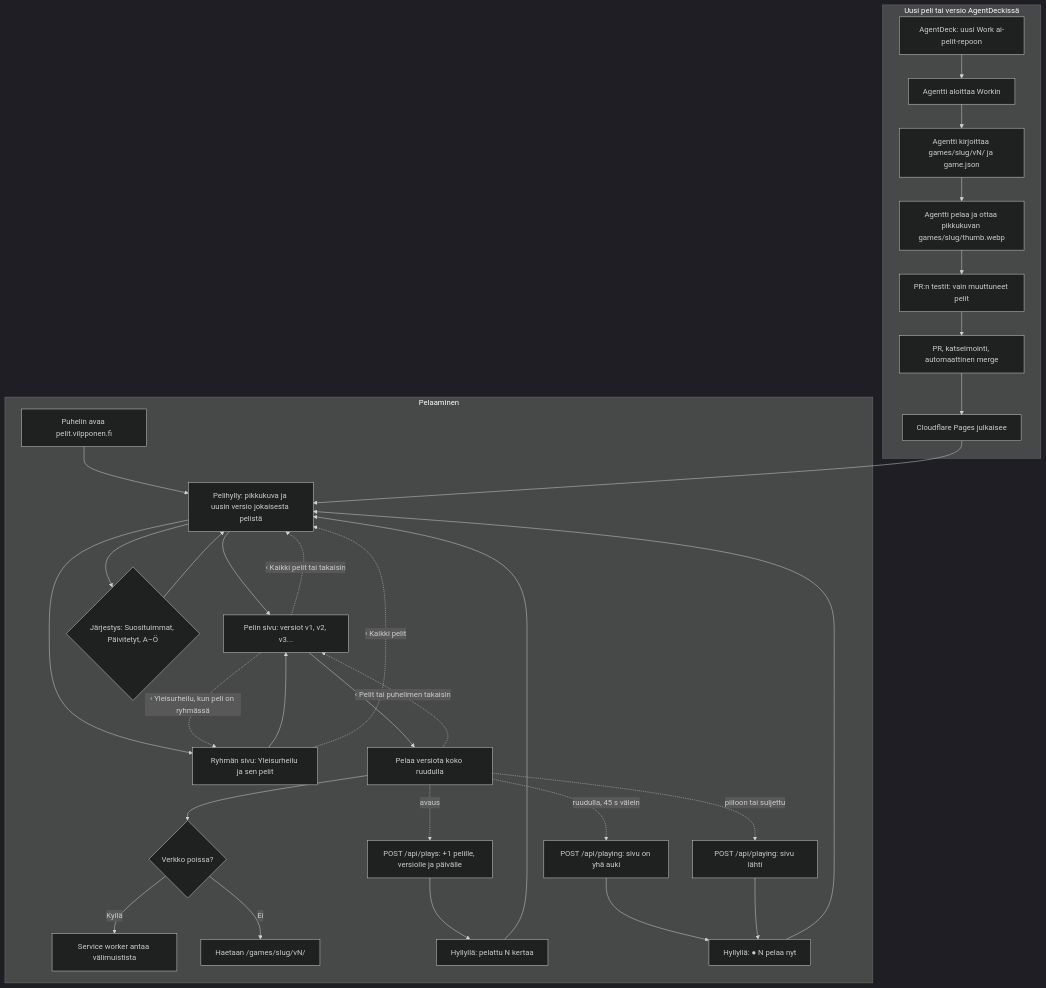
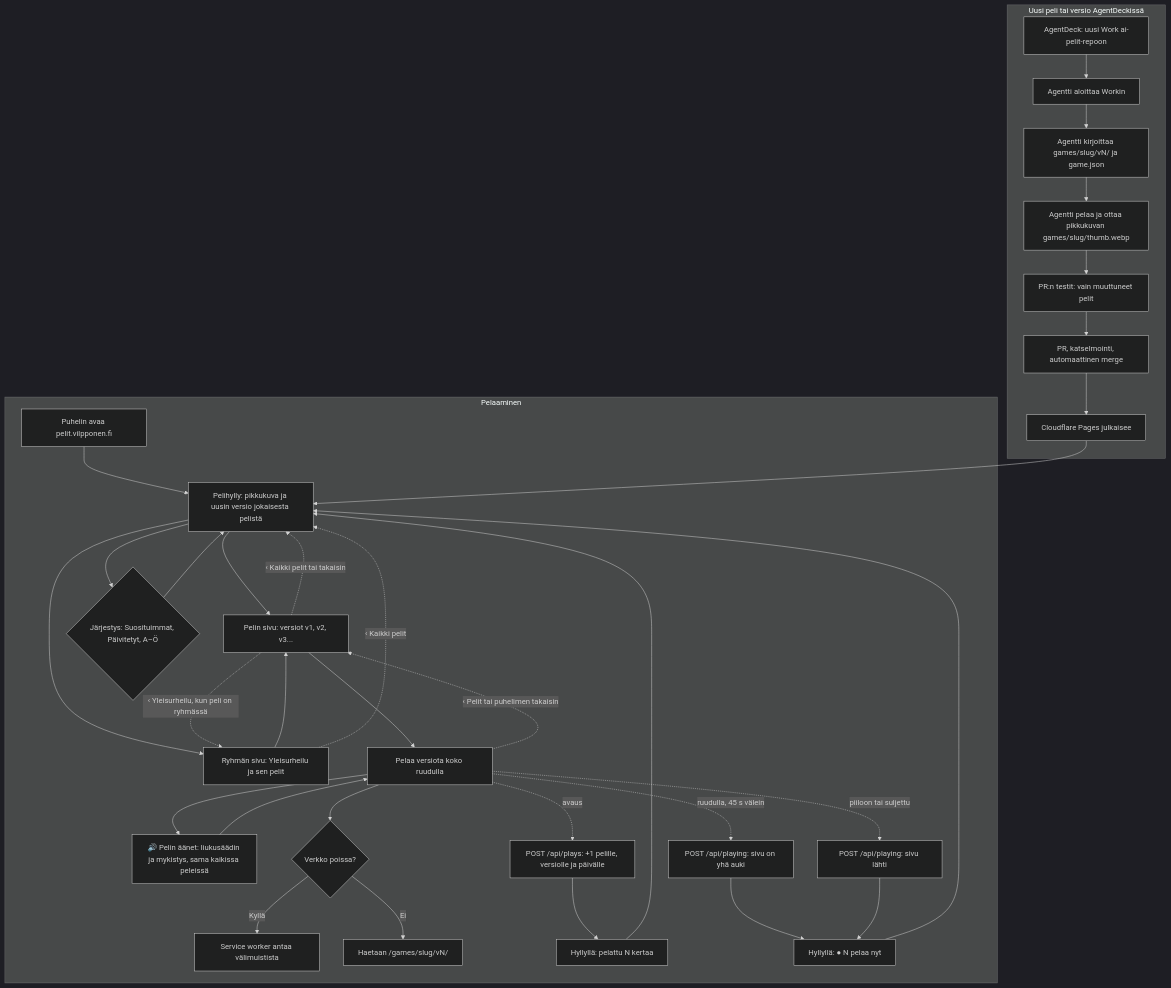
The diagram in docs/diagrams/ai-pelit.md (eerovil/ai-pelit), drawn with Mermaid (dark theme) before and after one commit. The commit also changed other lines of this file and 3 other files, not shown here.

````diff
--- a/docs/diagrams/ai-pelit.md
+++ b/docs/diagrams/ai-pelit.md
@@ -8,43 +8,45 @@
 ```mermaid
 flowchart TD
   subgraph Pelaaminen
     A[Puhelin avaa pelit.vilpponen.fi] --> B[Pelihylly: pikkukuva ja uusin versio jokaisesta pelistä]
     B --> C[Pelin sivu: versiot v1, v2, v3...]
     B --> J{Järjestys: Suosituimmat, Päivitetyt, A–Ö}
     J --> B
     B --> R[Ryhmän sivu: Yleisurheilu ja sen pelit]
     R --> C
     R -. ‹ Kaikki pelit .-> B
     C --> D[Pelaa versiota koko ruudulla]
     D -. ‹ Pelit tai puhelimen takaisin .-> C
+    D --> V[🔊 Pelin äänet: liukusäädin ja mykistys, sama kaikissa peleissä]
+    V --> D
     C -. ‹ Kaikki pelit tai takaisin .-> B
     C -. ‹ Yleisurheilu, kun peli on ryhmässä .-> R
     D --> E{Verkko poissa?}
     E -- Kyllä --> F[Service worker antaa välimuistista]
     E -- Ei --> G[Haetaan /games/slug/vN/]
     D -. avaus .-> P[POST /api/plays: +1 pelille, versiolle ja päivälle]
     P --> Q[Hyllyllä: pelattu N kertaa]
     Q --> B
     D -. ruudulla, 45 s välein .-> W[POST /api/playing: sivu on yhä auki]
     D -. piiloon tai suljettu .-> X[POST /api/playing: sivu lähti]
     W --> Y[Hyllyllä: ● N pelaa nyt]
     X --> Y
     Y --> B
   end
   subgraph Uusi peli tai versio AgentDeckissä
     H[AgentDeck: uusi Work ai-pelit-repoon] --> L[Agentti aloittaa Workin]
     L --> M[Agentti kirjoittaa games/slug/vN/ ja game.json]
     M --> T[Agentti pelaa ja ottaa pikkukuvan games/slug/thumb.webp]
     T --> U[PR:n testit: vain muuttuneet pelit]
     U --> N[PR, katselmointi, automaattinen merge]
     N --> O[Cloudflare Pages julkaisee]
     O --> B
   end
-  class A,B,C,D,Q,R,Y blue
+  class A,B,C,D,Q,R,V,Y blue
   class E,J amber
   class F,G,P,W,X teal
   class H violet
   class L,M,T,N rose
   class U amber
   class O green
 ```
````
